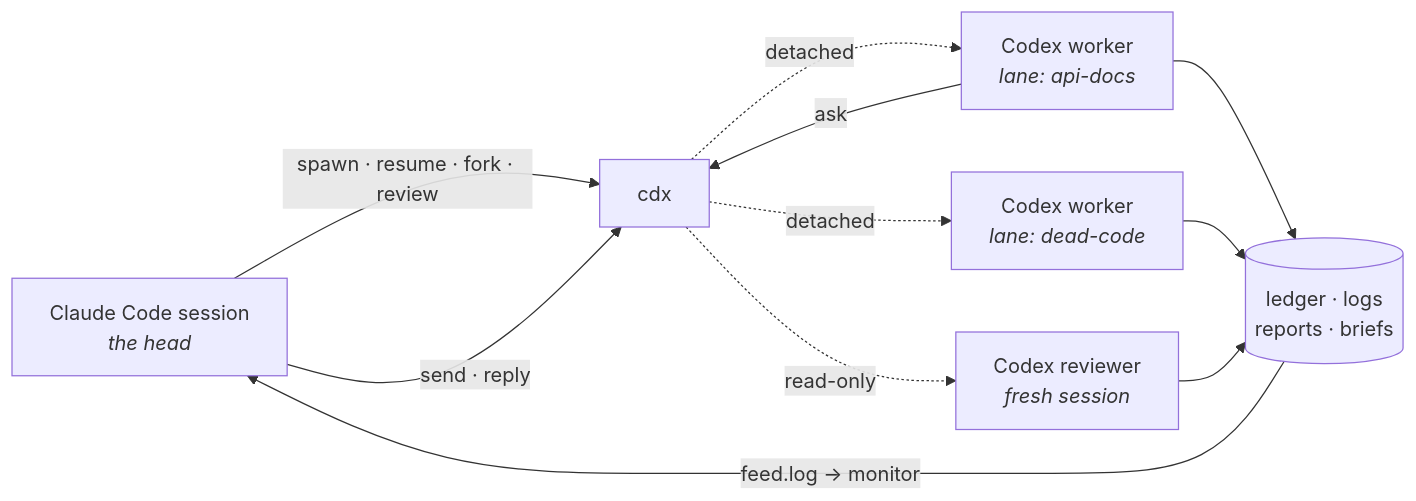
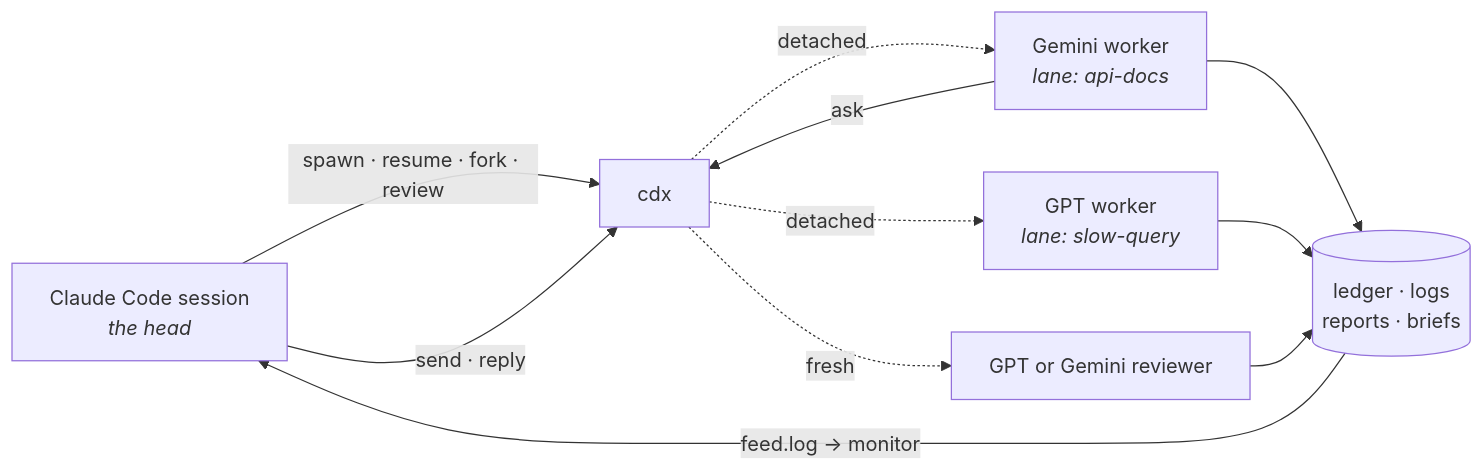
One commit to RedesignedRobot/cdx changed the diagram in README.md. Above: the diagram before and after it, drawn with Mermaid. The commit also changed other lines of this file and 8 other files, not shown here.

````diff
--- a/README.md
+++ b/README.md
@@ -72,13 +91,13 @@
 ```mermaid
 flowchart LR
     head["Claude Code session<br/><i>the head</i>"] -->|spawn · resume · fork · review| cdx["cdx"]
     head -->|send · reply| cdx
-    cdx -.->|detached| w1["Codex worker<br/><i>lane: api-docs</i>"]
-    cdx -.->|detached| w2["Codex worker<br/><i>lane: dead-code</i>"]
-    cdx -.->|read-only| w3["Codex reviewer<br/><i>fresh session</i>"]
+    cdx -.->|detached| w1["Gemini worker<br/><i>lane: api-docs</i>"]
+    cdx -.->|detached| w2["GPT worker<br/><i>lane: slow-query</i>"]
+    cdx -.->|fresh| w3["GPT or Gemini reviewer"]
     w1 -->|ask| cdx
     w1 --> state[("ledger · logs<br/>reports · briefs")]
     w2 --> state
     w3 --> state
     state -->|feed.log → monitor| head
 ```
````
